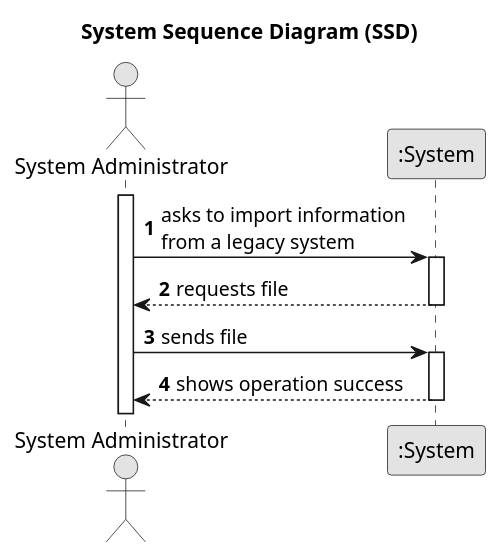
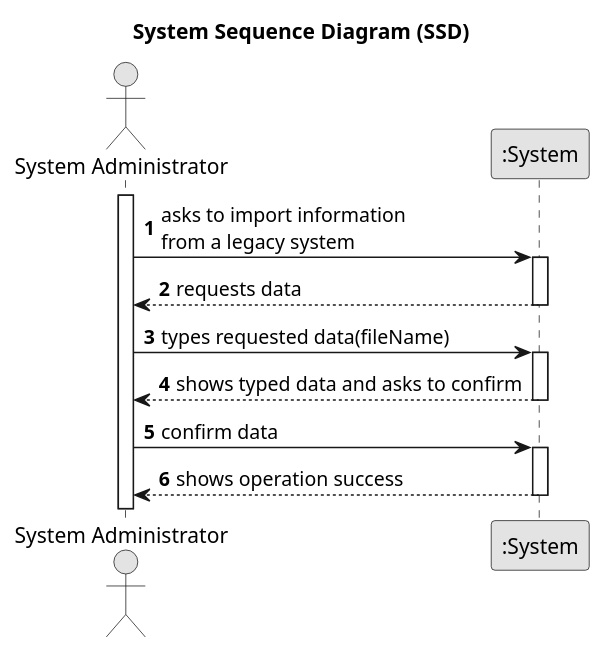
Before and after one commit to Rodrick0209/ISEP-LAPR2-22-23: the diagram in docs/Sprint-C/US012/01.requirements-engineering/puml/us012-system-sequence-diagram.puml, drawn with PlantUML. The commit also changed 9 other files, not shown here.

```diff
--- a/docs/Sprint-C/US012/01.requirements-engineering/puml/us012-system-sequence-diagram.puml
+++ b/docs/Sprint-C/US012/01.requirements-engineering/puml/us012-system-sequence-diagram.puml
@@ -1,28 +1,34 @@
 @startuml
 skinparam monochrome true
 skinparam packageStyle rectangle
 skinparam shadowing false
 
 title System Sequence Diagram (SSD)
 
 autonumber
 
 actor "System Administrator" as Administrator
 participant ":System" as System
 
 activate Administrator
 
     Administrator -> System : asks to import information \nfrom a legacy system
     activate System
 
-        System --> Administrator : requests file
+        System --> Administrator : requests data
     deactivate System
 
-    Administrator -> System : sends file
+    Administrator -> System : types requested data(fileName)
+    activate System
+
+    System --> Administrator : shows typed data and asks to confirm
+    deactivate System
+
+    Administrator -> System : confirm data
     activate System
 
         System --> Administrator : shows operation success
     deactivate System
 
 
 @enduml
```
